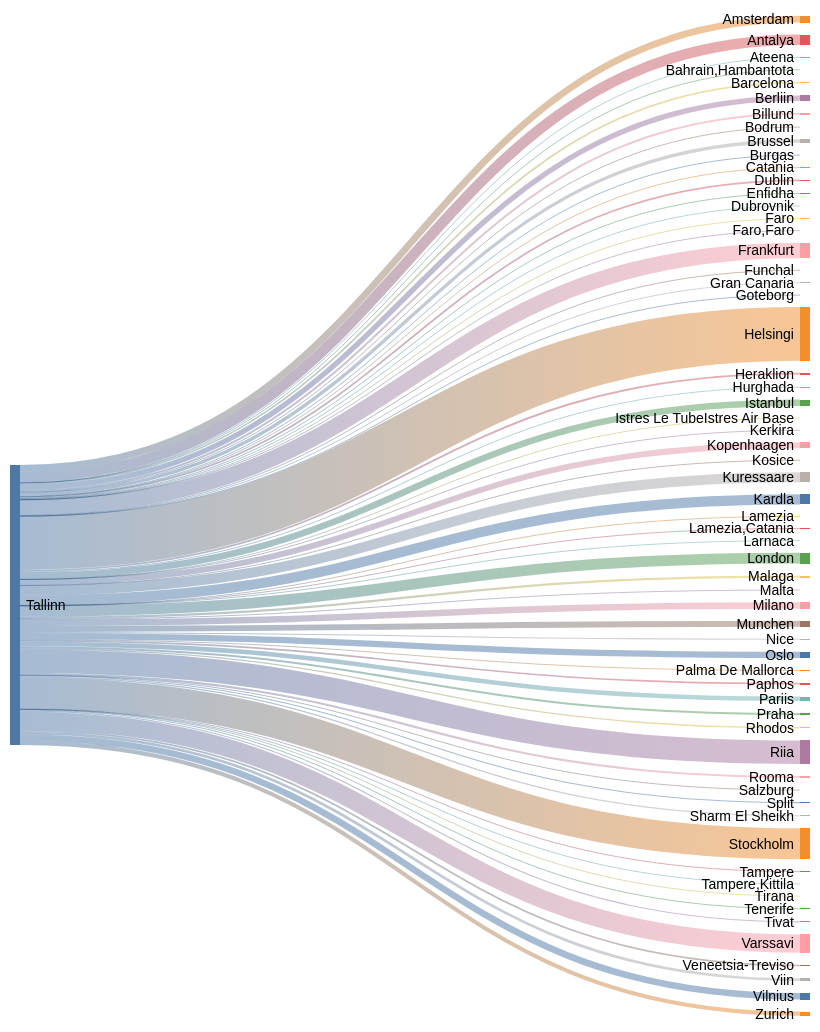
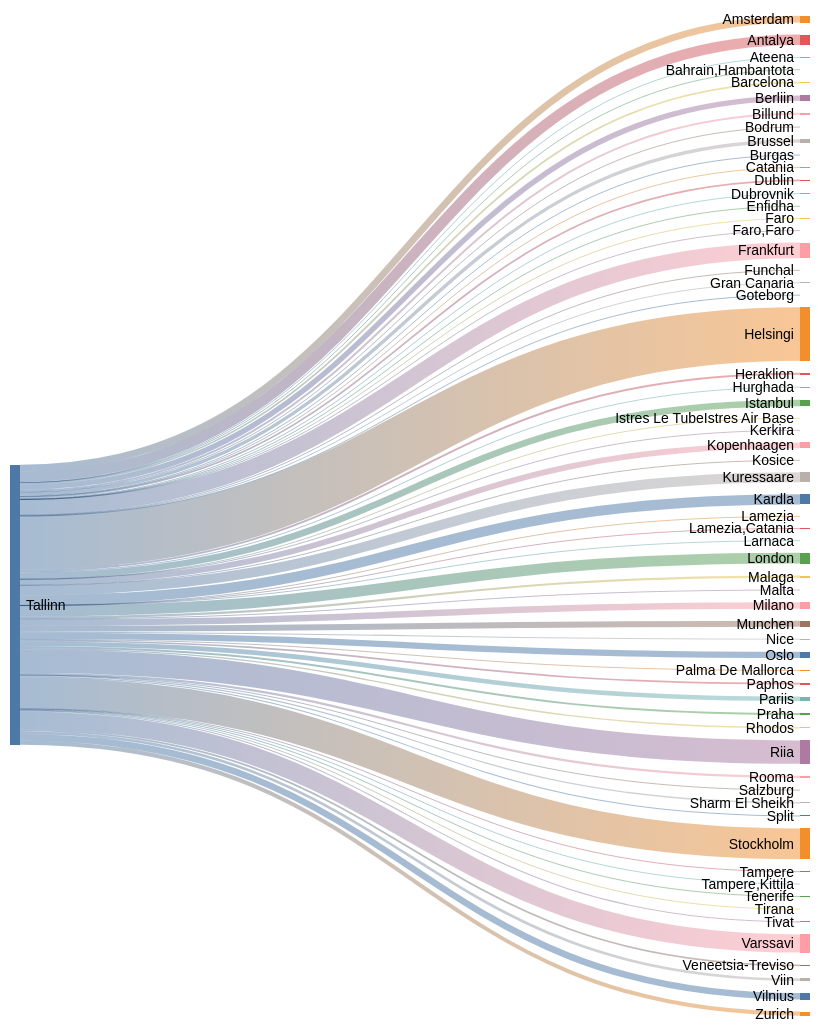
One commit to rainermesi/tll-airport-departures changed the second of 2 diagrams in README.md. Above: the diagram before and after it, drawn with Mermaid (forest theme). The commit also changed other lines of this file, not shown here.

````diff
--- a/README.md
+++ b/README.md
@@ -34,74 +34,74 @@
 ```mermaid
 ---
 config:
   sankey:
     showValues: false
     width: 800
     height: 1000
 ---
 sankey-beta
 %% source,target,value
-Tallinn,Amsterdam,166
+Tallinn,Amsterdam,167
 Tallinn,Antalya,256
 Tallinn,Ateena,16
 Tallinn,"Bahrain,Hambantota",1
-Tallinn,Barcelona,41
-Tallinn,Berliin,130
+Tallinn,Barcelona,42
+Tallinn,Berliin,132
 Tallinn,Billund,49
 Tallinn,Bodrum,11
-Tallinn,Brussel,81
+Tallinn,Brussel,82
 Tallinn,Burgas,21
 Tallinn,Catania,2
 Tallinn,Dublin,41
 Tallinn,Dubrovnik,21
 Tallinn,Enfidha,7
 Tallinn,Faro,4
 Tallinn,"Faro,Faro",1
-Tallinn,Frankfurt,378
+Tallinn,Frankfurt,381
 Tallinn,Funchal,5
-Tallinn,Gran Canaria,16
+Tallinn,Gran Canaria,17
 Tallinn,Goteborg,1
-Tallinn,Helsingi,1301
+Tallinn,Helsingi,1310
 Tallinn,Heraklion,46
 Tallinn,Hurghada,24
-Tallinn,Istanbul,158
+Tallinn,Istanbul,160
 Tallinn,Istres Le TubeIstres Air Base,2
 Tallinn,Kerkira,4
-Tallinn,Kopenhaagen,142
+Tallinn,Kopenhaagen,143
 Tallinn,Kosice,1
-Tallinn,Kuressaare,244
-Tallinn,Kardla,244
+Tallinn,Kuressaare,245
+Tallinn,Kardla,245
 Tallinn,Lamezia,1
 Tallinn,"Lamezia,Catania",3
 Tallinn,Larnaca,4
-Tallinn,London,262
+Tallinn,London,264
 Tallinn,Malaga,53
 Tallinn,Malta,15
-Tallinn,Milano,158
+Tallinn,Milano,159
 Tallinn,Munchen,145
 Tallinn,Nice,25
-Tallinn,Oslo,152
+Tallinn,Oslo,154
 Tallinn,Palma De Mallorca,19
 Tallinn,Paphos,40
-Tallinn,Pariis,111
+Tallinn,Pariis,112
 Tallinn,Praha,49
 Tallinn,Rhodos,32
-Tallinn,Riia,569
-Tallinn,Rooma,53
+Tallinn,Riia,573
+Tallinn,Rooma,54
 Tallinn,Salzburg,1
-Tallinn,Sharm El Sheikh,29
+Tallinn,Sharm El Sheikh,31
 Tallinn,Split,25
-Tallinn,Stockholm,751
+Tallinn,Stockholm,754
 Tallinn,Tampere,17
 Tallinn,"Tampere,Kittila",1
 Tallinn,Tenerife,24
 Tallinn,Tirana,8
 Tallinn,Tivat,26
-Tallinn,Varssavi,442
-Tallinn,Veneetsia-Treviso,41
+Tallinn,Varssavi,445
+Tallinn,Veneetsia-Treviso,42
 Tallinn,Viin,66
-Tallinn,Vilnius,159
-Tallinn,Zurich,99
+Tallinn,Vilnius,160
+Tallinn,Zurich,100
 
 
 ```
````
